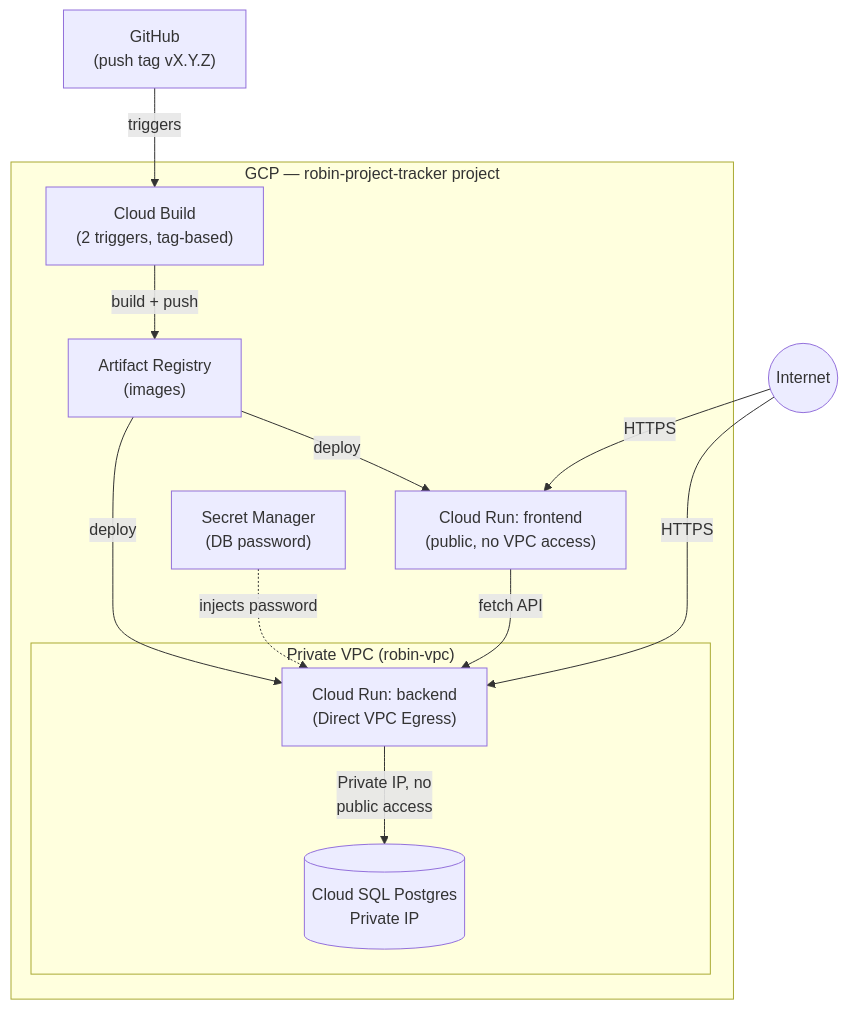
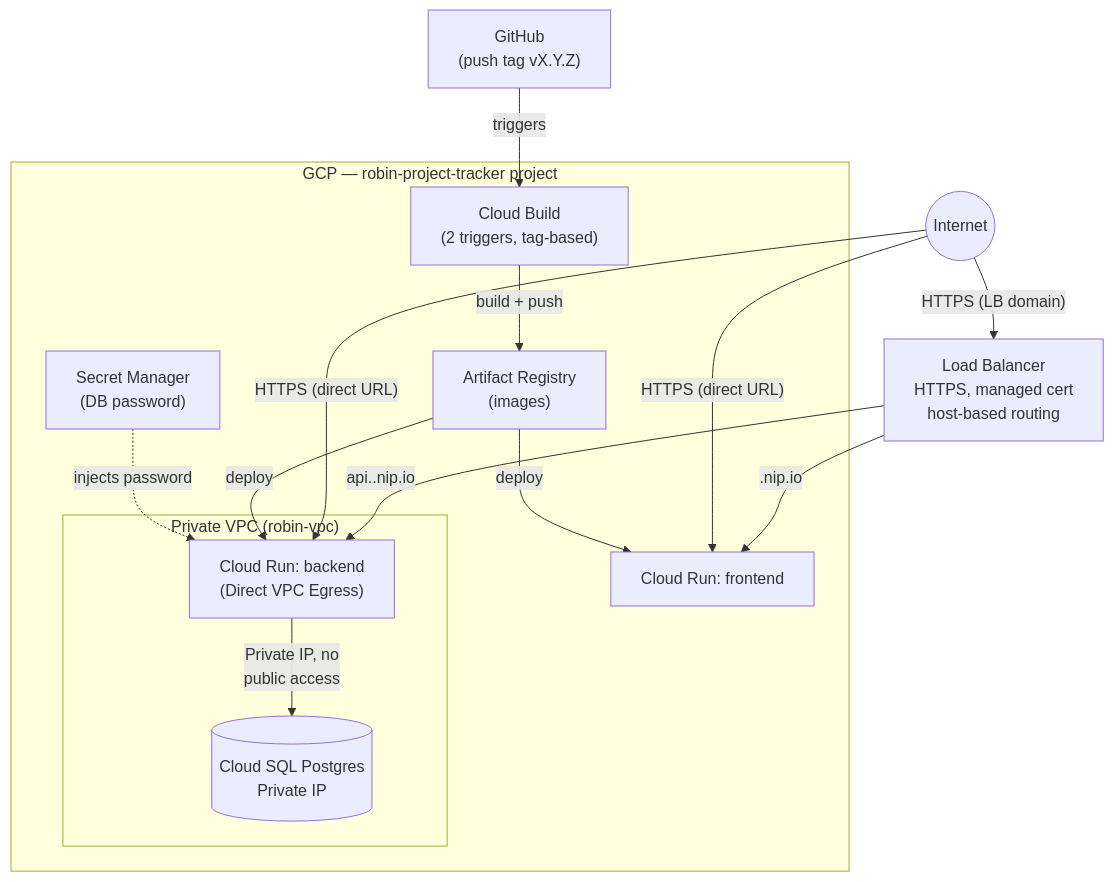
Before and after one commit to willy9461/robin-devops-challenge: the diagram in README.md, drawn with Mermaid. The commit also changed other lines of this file, not shown here.

````diff
--- a/README.md
+++ b/README.md
@@ -23,28 +35,31 @@
 ```mermaid
 flowchart TB
     Internet((Internet))
+    LB["Load Balancer<br/>HTTPS, managed cert<br/>host-based routing"]
 
     subgraph GCP["GCP — robin-project-tracker project"]
         subgraph VPC["Private VPC (robin-vpc)"]
             Backend["Cloud Run: backend<br/>(Direct VPC Egress)"]
             DB[("Cloud SQL Postgres<br/>Private IP")]
             Backend -->|"Private IP, no<br/>public access"| DB
         end
-        Frontend["Cloud Run: frontend<br/>(public, no VPC access)"]
+        Frontend["Cloud Run: frontend"]
         SM["Secret Manager<br/>(DB password)"]
         AR["Artifact Registry<br/>(images)"]
         CB["Cloud Build<br/>(2 triggers, tag-based)"]
 
         SM -.->|injects password| Backend
         CB -->|build + push| AR
         AR -->|deploy| Backend
         AR -->|deploy| Frontend
     end
 
     GitHub["GitHub<br/>(push tag vX.Y.Z)"]
 
-    Internet -->|HTTPS| Frontend
-    Internet -->|HTTPS| Backend
-    Frontend -->|fetch API| Backend
+    Internet -->|"HTTPS (LB domain)"| LB
+    Internet -->|"HTTPS (direct URL)"| Frontend
+    Internet -->|"HTTPS (direct URL)"| Backend
+    LB -->|"<ip>.nip.io"| Frontend
+    LB -->|"api.<ip>.nip.io"| Backend
     GitHub -->|triggers| CB
 ```
````
